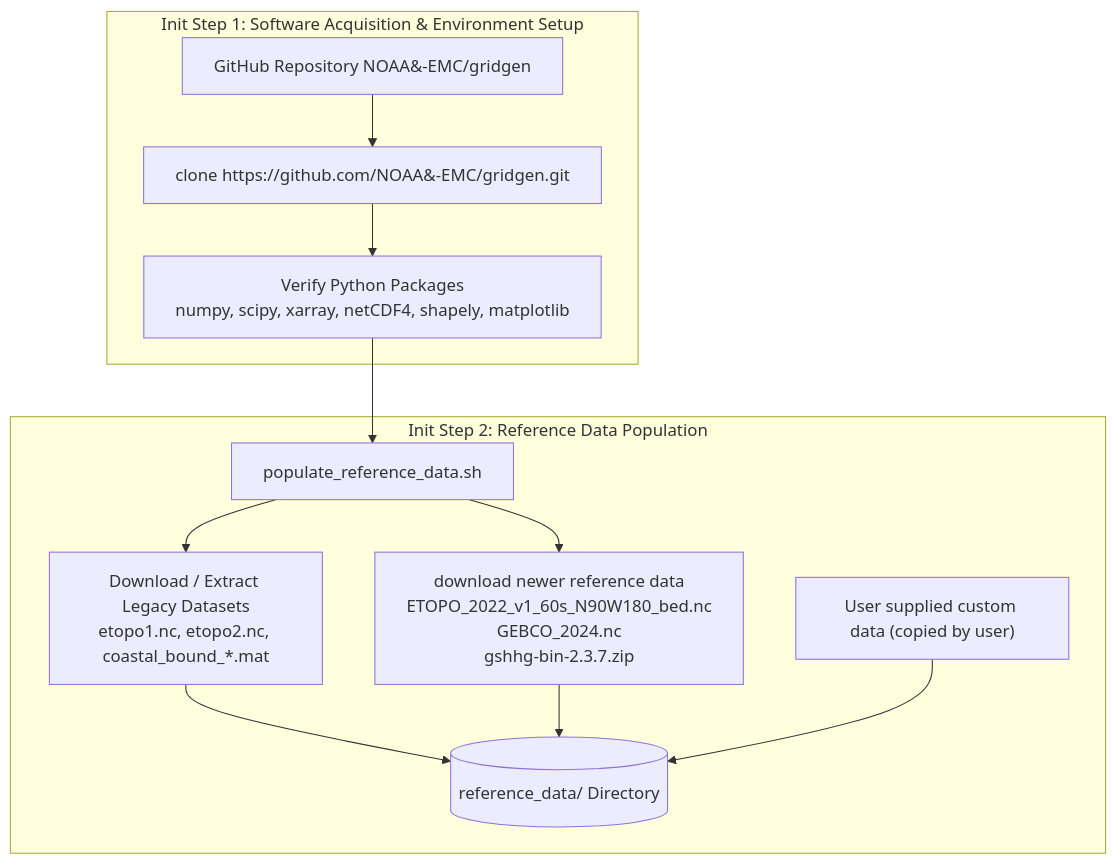
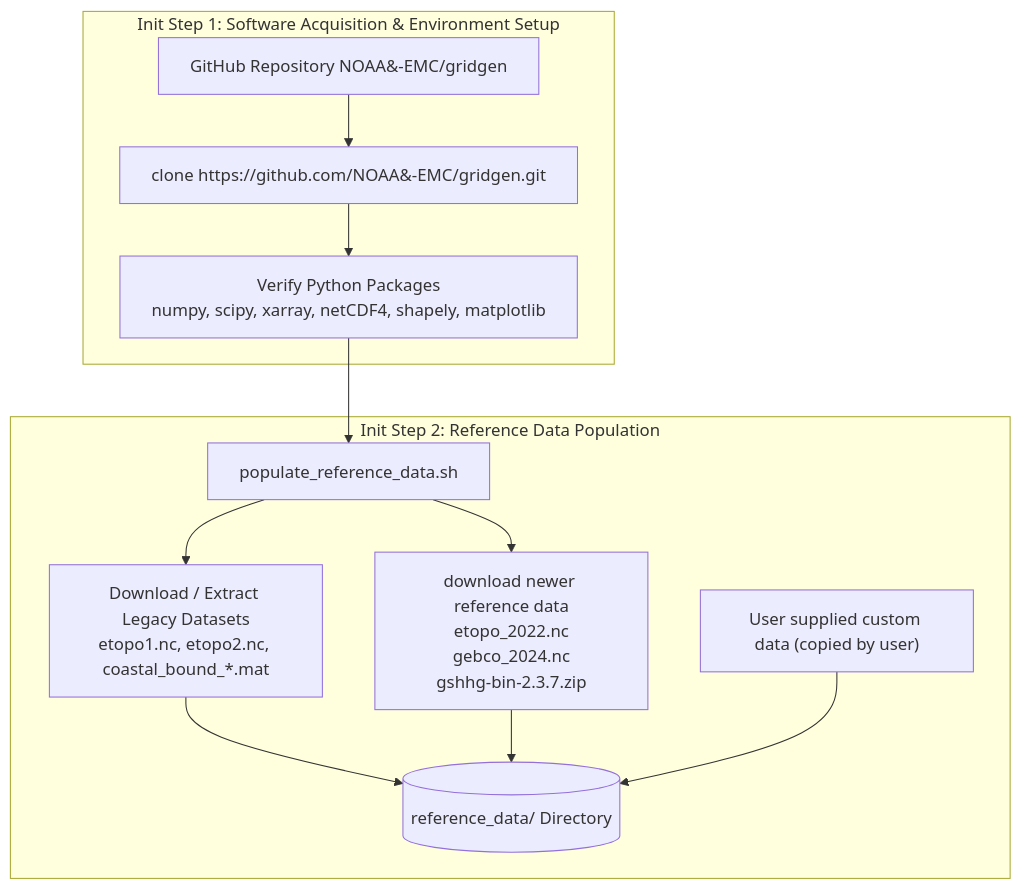
Before and after one commit to HendrikTolman-NOAA/gridgen: the first of 3 diagrams in ARCHITECTURE.md, drawn with Mermaid. The commit also changed 5 other files, not shown here.

````diff
--- a/ARCHITECTURE.md
+++ b/ARCHITECTURE.md
@@ -25,19 +25,19 @@
 ```mermaid
 flowchart TD
     subgraph Init Step 1: Software Acquisition & Environment Setup
         A0["GitHub&nbsp;Repository&nbsp;NOAA&#8209;EMC/gridgen"] --> A1["clone&nbsp;https://github.com/NOAA&#8209;EMC/gridgen.git"]
         A1 --> A2["Verify&nbsp;Python&nbsp;Packages<br/>numpy,&nbsp;scipy,&nbsp;xarray,&nbsp;netCDF4,&nbsp;shapely,&nbsp;matplotlib"]
     end
 
     subgraph Init Step 2: Reference Data Population
         B[populate_reference_data.sh]
         B --> C1["Download / Extract Legacy Datasets<br/>etopo1.nc, etopo2.nc, coastal_bound_*.mat"]
-        B --> C2["download newer reference data<br/>ETOPO_2022_v1_60s_N90W180_bed.nc<br/>GEBCO_2024.nc<br/>gshhg-bin-2.3.7.zip"]
+        B --> C2["download newer reference data<br/>etopo_2022.nc<br/>gebco_2024.nc<br/>gshhg-bin-2.3.7.zip"]
         C3["User supplied custom data (copied by user)"]
         C1 --> D[(reference_data/ Directory)]
         C2 --> D
         C3 --> D
     end
 
     A2 --> B
 ```
````
